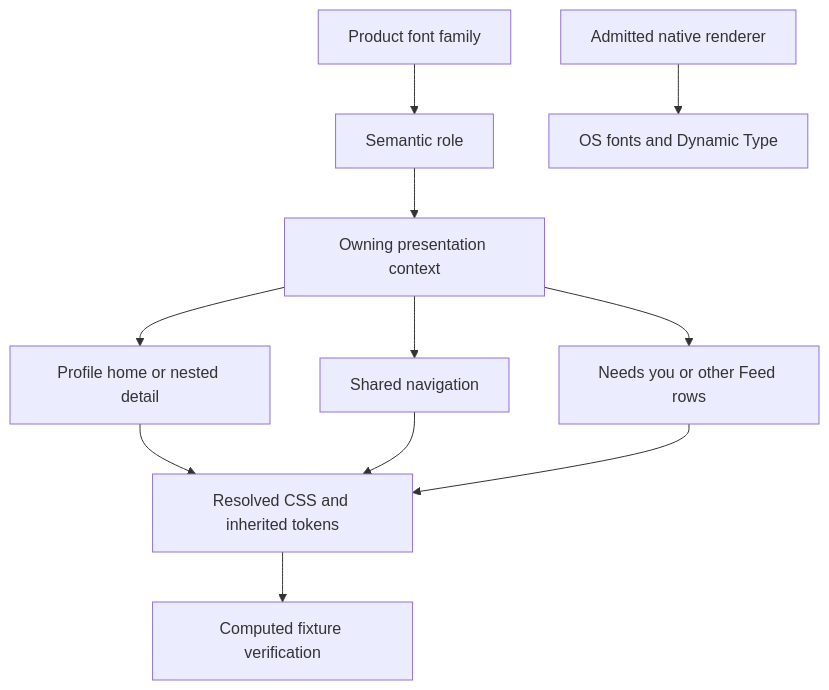
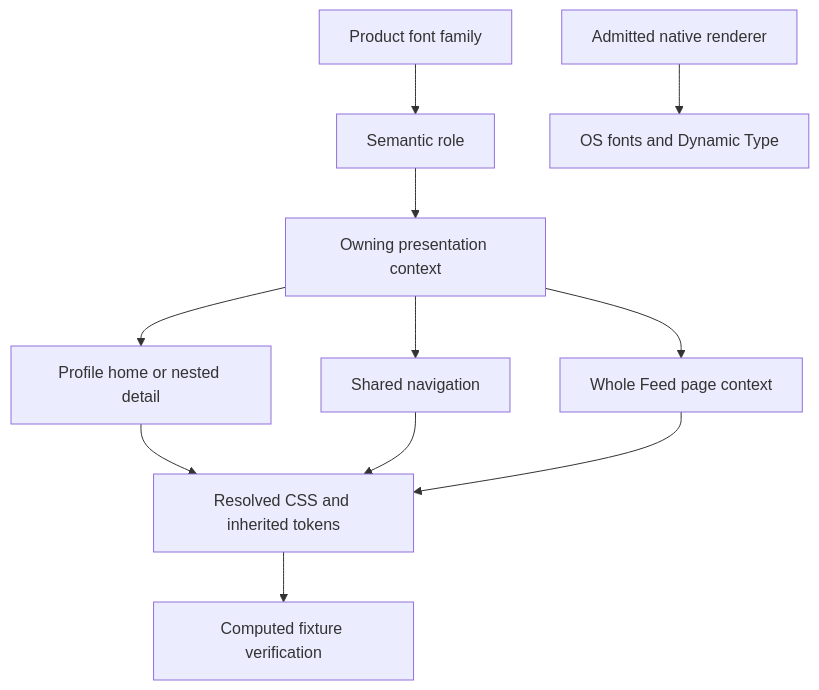
Before and after one commit to hushh-labs/hushh-research: the diagram in hushh-webapp/docs/ui-contracts/typography.md, drawn with Mermaid. The commit also changed other lines of this file and 10 other files, not shown here.

````diff
--- a/hushh-webapp/docs/ui-contracts/typography.md
+++ b/hushh-webapp/docs/ui-contracts/typography.md
@@ -12,13 +12,13 @@
 ```mermaid
 flowchart TD
   family["Product font family"] --> role["Semantic role"]
   role --> context["Owning presentation context"]
   context --> profile["Profile home or nested detail"]
   context --> nav["Shared navigation"]
-  context --> feed["Needs you or other Feed rows"]
+  context --> feed["Whole Feed page context"]
   profile --> css["Resolved CSS and inherited tokens"]
   nav --> css
   feed --> css
   css --> proof["Computed fixture verification"]
   native["Admitted native renderer"] --> system["OS fonts and Dynamic Type"]
 ```
````
